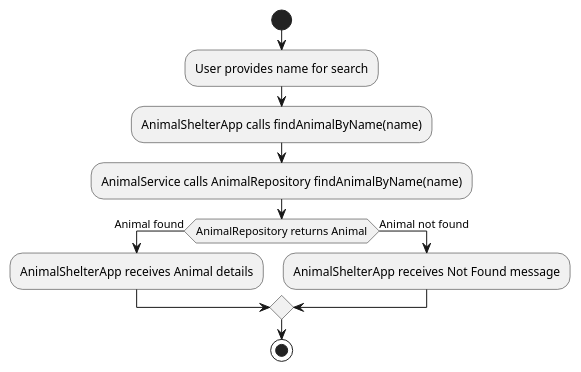
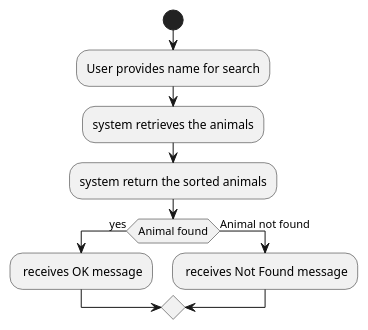
The diagram in src/main/java/analysis/flowchart_findanimalByName.puml (9elmaz9/AnimalShelterTest), drawn with PlantUML before and after one commit. The commit also changed other lines of this file and 14 other files, not shown here.

```diff
--- a/src/main/java/analysis/flowchart_findanimalByName.puml
+++ b/src/main/java/analysis/flowchart_findanimalByName.puml
@@ -1,16 +1,14 @@
 @startuml
 
 start
+
 :User provides name for search;
-:AnimalShelterApp calls findAnimalByName(name);
-:AnimalService calls AnimalRepository findAnimalByName(name);
-
-if (AnimalRepository returns Animal) then (Animal found)
-    :AnimalShelterApp receives Animal details;
+:system retrieves the animals;
+:system return the sorted animals;
+if (Animal found) then (yes)
+   : receives OK message;
 else (Animal not found)
-    :AnimalShelterApp receives Not Found message;
+   : receives Not Found message;
 endif
 
-stop
-
 @enduml
```
